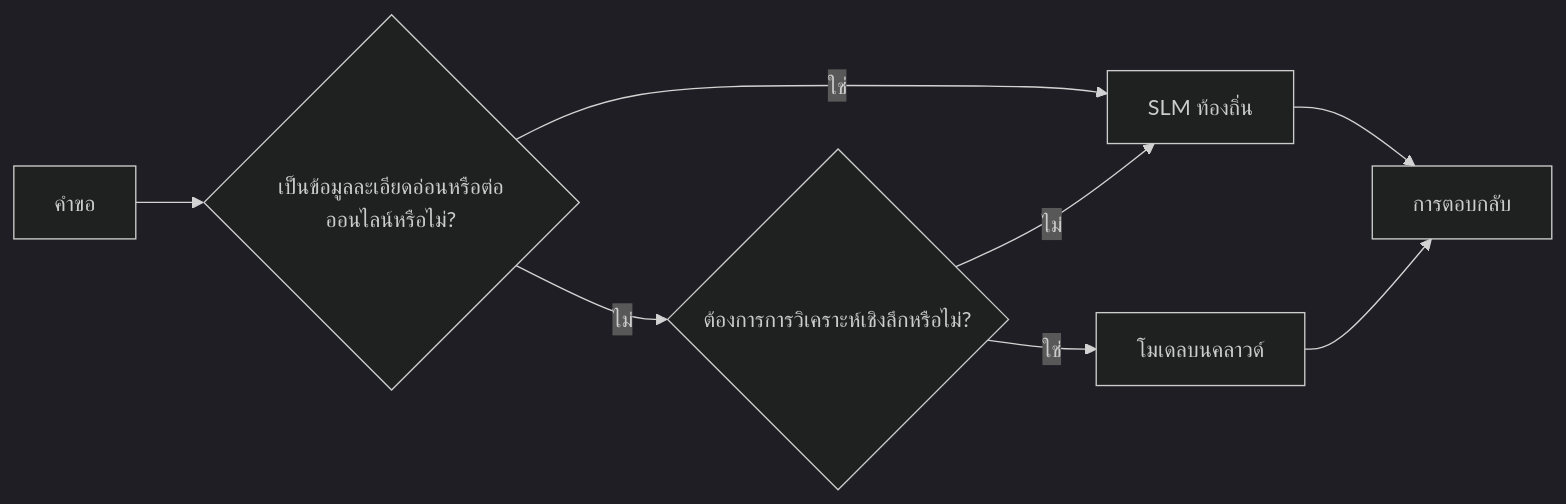
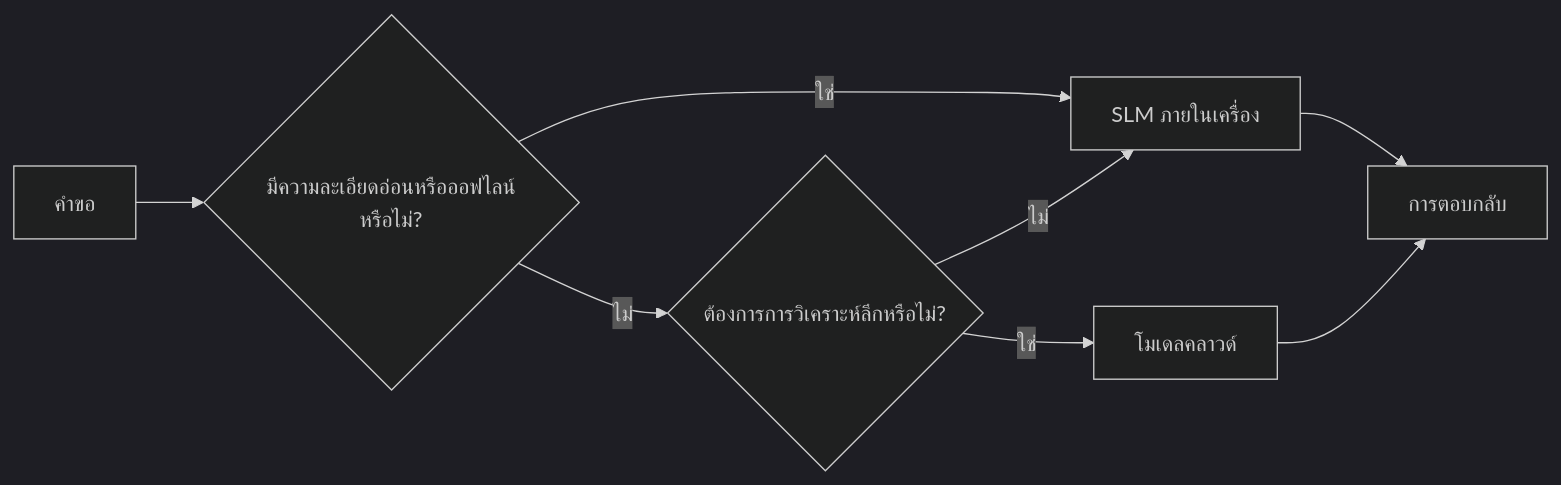
One commit to microsoft/ai-agents-for-beginners changed the fourth of 4 diagrams in translations/th/17-creating-local-ai-agents/README.md. Above: the diagram before and after it, drawn with Mermaid (dark theme). The commit also changed other lines of this file and 46 other files, not shown here.

````diff
--- a/translations/th/17-creating-local-ai-agents/README.md
+++ b/translations/th/17-creating-local-ai-agents/README.md
@@ -156,10 +156,10 @@
 ```mermaid
 flowchart LR
-    Q[คำขอ] --> S{เป็นข้อมูลละเอียดอ่อนหรือต่อออนไลน์หรือไม่?}
-    S -->|ใช่| L[SLM ท้องถิ่น]
-    S -->|ไม่| C{ต้องการการวิเคราะห์เชิงลึกหรือไม่?}
+    Q[คำขอ] --> S{มีความละเอียดอ่อนหรือออฟไลน์หรือไม่?}
+    S -->|ใช่| L[SLM ภายในเครื่อง]
+    S -->|ไม่| C{ต้องการการวิเคราะห์ลึกหรือไม่?}
     C -->|ไม่| L
-    C -->|ใช่| Cloud[โมเดลบนคลาวด์]
+    C -->|ใช่| Cloud[โมเดลคลาวด์]
     L --> Out[การตอบกลับ]
     Cloud --> Out
 ```
````
